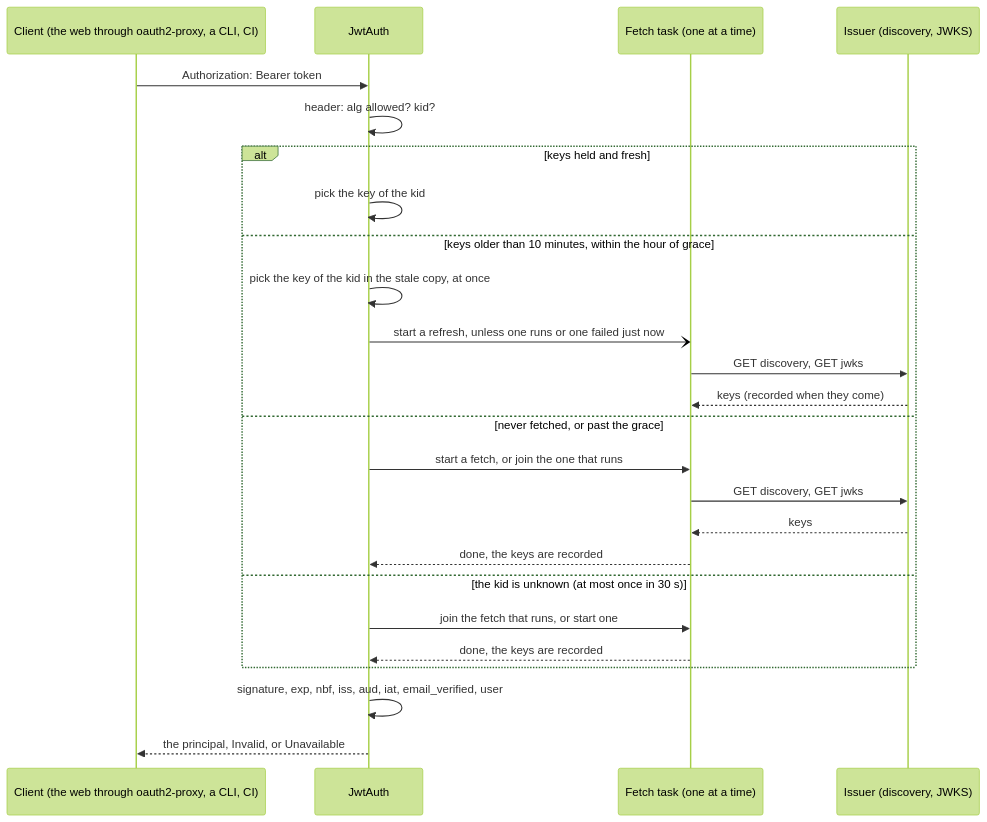
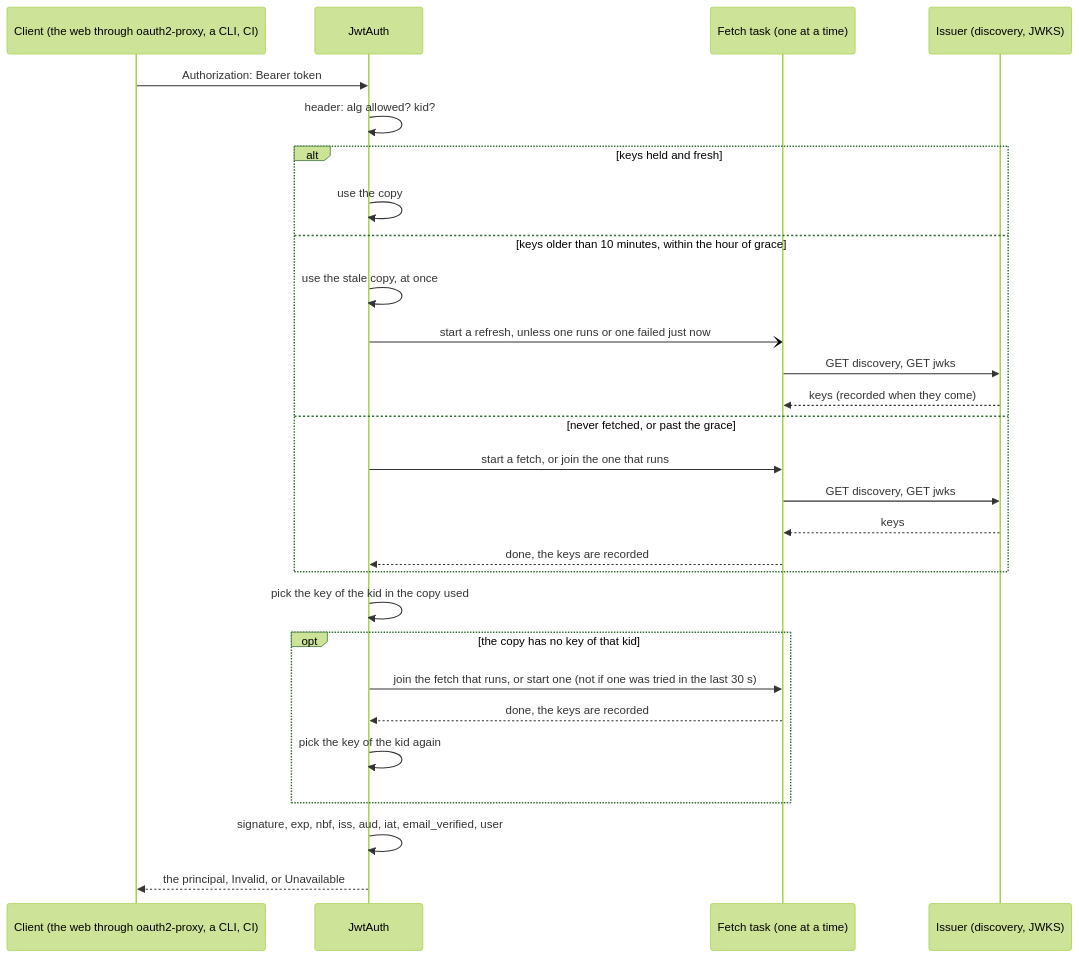
The first of 3 diagrams in orchestrator/crates/auth-jwt/README.md (vymalo/another-agentic-system), drawn with Mermaid (forest theme) before and after one commit. The commit also changed other lines of this file and 5 other files, not shown here.

First line of the commit message:
test(auth-jwt): pin the wake-up order, the recovery paths and one refresh; correct the diagrams

````diff
--- a/orchestrator/crates/auth-jwt/README.md
+++ b/orchestrator/crates/auth-jwt/README.md
@@ -19,27 +19,30 @@
 ```mermaid
 sequenceDiagram
   participant C as Client (the web through oauth2-proxy, a CLI, CI)
   participant A as JwtAuth
   participant F as Fetch task (one at a time)
   participant I as Issuer (discovery, JWKS)
   C->>A: Authorization: Bearer token
   A->>A: header: alg allowed? kid?
   alt keys held and fresh
-    A->>A: pick the key of the kid
+    A->>A: use the copy
   else keys older than 10 minutes, within the hour of grace
-    A->>A: pick the key of the kid in the stale copy, at once
+    A->>A: use the stale copy, at once
     A-)F: start a refresh, unless one runs or one failed just now
     F->>I: GET discovery, GET jwks
     I-->>F: keys (recorded when they come)
   else never fetched, or past the grace
     A->>F: start a fetch, or join the one that runs
     F->>I: GET discovery, GET jwks
     I-->>F: keys
     F-->>A: done, the keys are recorded
-  else the kid is unknown (at most once in 30 s)
-    A->>F: join the fetch that runs, or start one
+  end
+  A->>A: pick the key of the kid in the copy used
+  opt the copy has no key of that kid
+    A->>F: join the fetch that runs, or start one (not if one was tried in the last 30 s)
     F-->>A: done, the keys are recorded
+    A->>A: pick the key of the kid again
   end
   A->>A: signature, exp, nbf, iss, aud, iat, email_verified, user
   A-->>C: the principal, Invalid, or Unavailable
 ```
````
